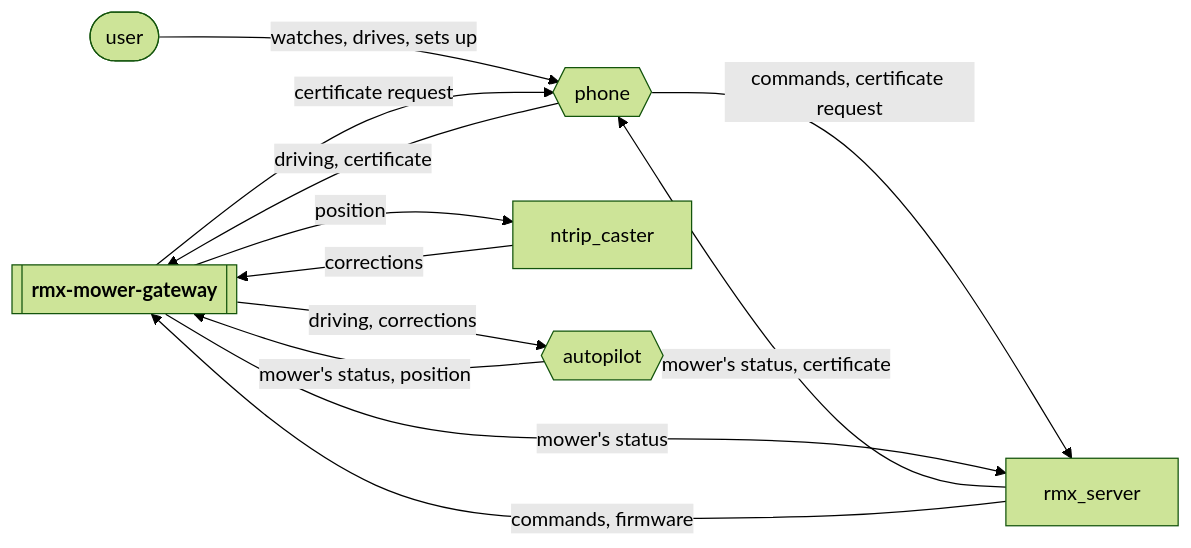
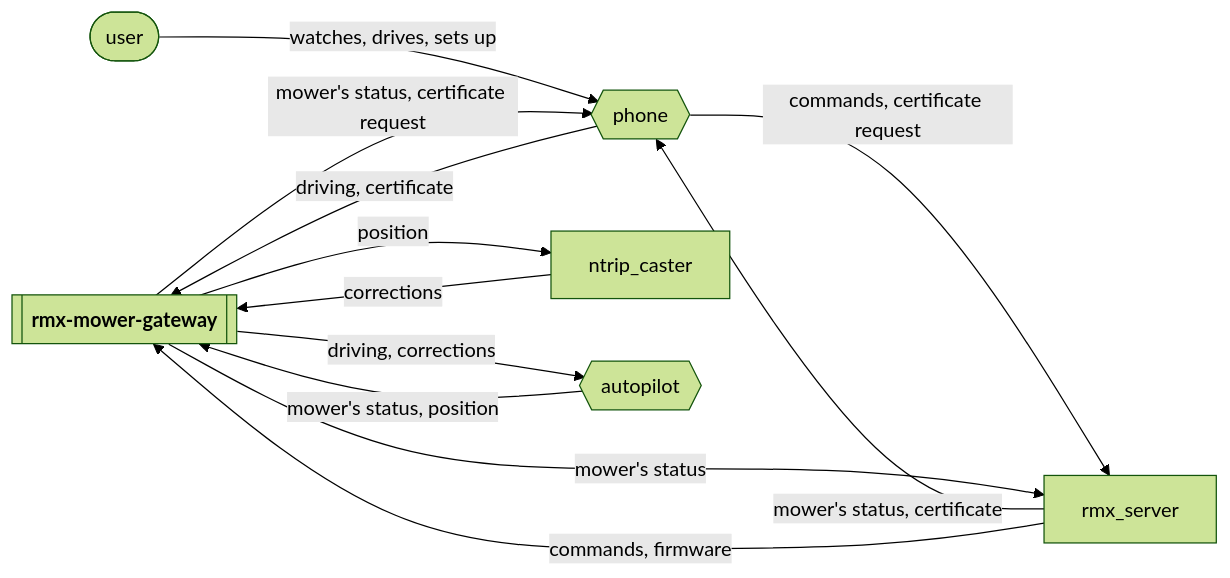
The first of 6 diagrams in .esp-architecture/diagrams/diagrams.md (rmx-lt/rmx-mower-gateway), drawn with Mermaid (forest theme) before and after one commit. The commit also changed 4 other files, not shown here.

First line of the commit message:
Send the mower's status straight to a connected phone (#127)

````diff
--- a/.esp-architecture/diagrams/diagrams.md
+++ b/.esp-architecture/diagrams/diagrams.md
@@ -7,20 +7,20 @@
 ```mermaid
 flowchart LR
   n_system[["<b>rmx-mower-gateway</b>"]]
   n_user(["user"])
   n_phone{{"phone"}}
   n_rmx_server["rmx_server"]
   n_ntrip_caster["ntrip_caster"]
   n_autopilot{{"autopilot"}}
   n_user -->|"watches, drives, sets up"| n_phone
   n_phone -->|"commands, certificate request"| n_rmx_server
   n_rmx_server -->|"mower's status, certificate"| n_phone
   n_phone -->|"driving, certificate"| n_system
-  n_system -->|"certificate request"| n_phone
+  n_system -->|"mower's status, certificate request"| n_phone
   n_system -->|"mower's status"| n_rmx_server
   n_rmx_server -->|"commands, firmware"| n_system
   n_system -->|"position"| n_ntrip_caster
   n_ntrip_caster -->|"corrections"| n_system
   n_system -->|"driving, corrections"| n_autopilot
   n_autopilot -->|"mower's status, position"| n_system
 ```
````
